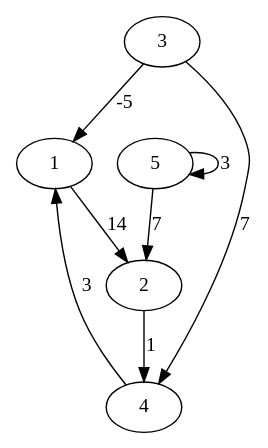
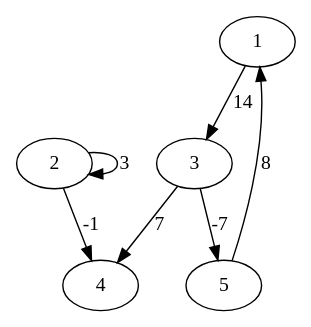
The diagram in reborn/example.dot (Nikitasobakabmx/CycleofNegativeCost), drawn with Graphviz before and after one commit. The commit also changed 2 other files, not shown here.

```diff
--- a/reborn/example.dot
+++ b/reborn/example.dot
@@ -1,9 +1,8 @@
 digraph g {
-    1 -> 2 [cost = 14 , label = "14"]
+    1 -> 3 [cost = 14 , label = "14"]
     3 -> 4 [cost = 7 , label = "7"]
-    2 -> 4 [cost = 1 , label = "1"]
-    4 -> 1 [cost = 3 , label = "3"]
-    5 -> 2 [cost = 7 , label = "7"]
-    3 -> 1 [cost = -5 , label = "-5"]
-    5 -> 5 [cost = 3 , label = "3"]
+    2 -> 4 [cost = -1 , label = "-1"]
+    2 -> 2 [cost = 3 , label = "3"]
+    5 -> 1 [cost = 8 , label = "8"]
+    3 -> 5 [cost = -7 , label = "-7"]
 }
```
